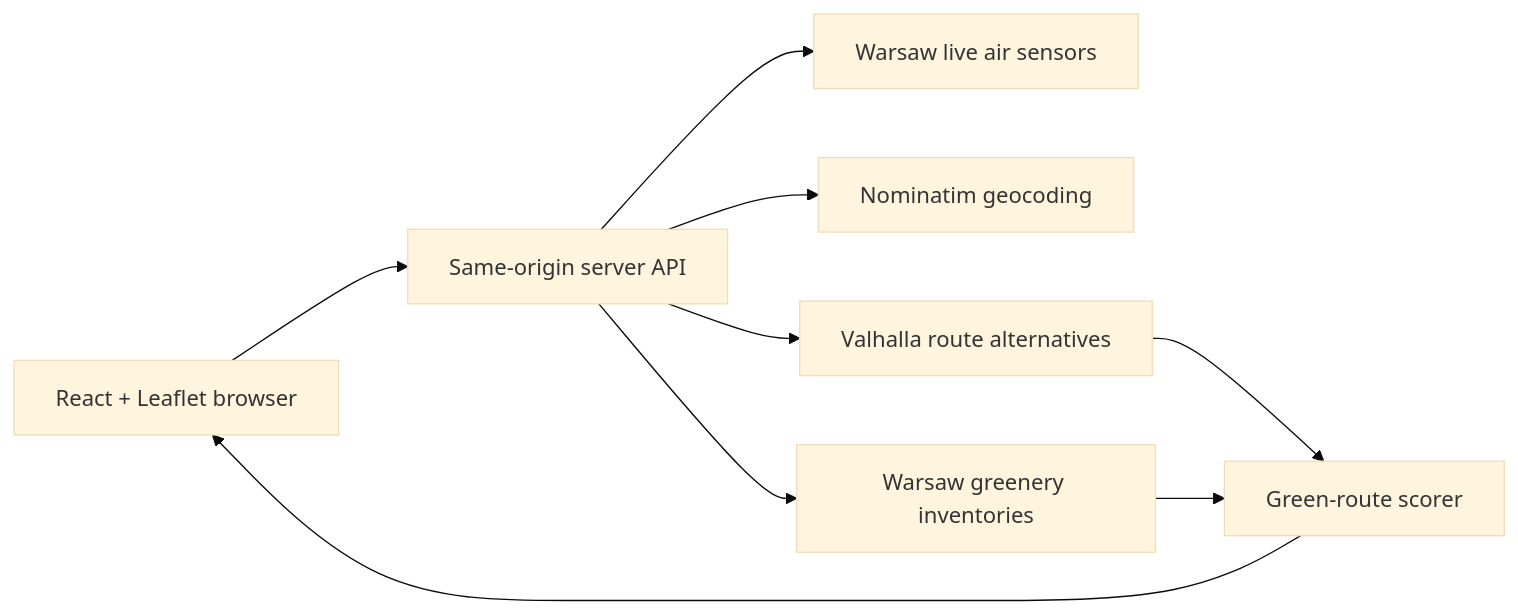
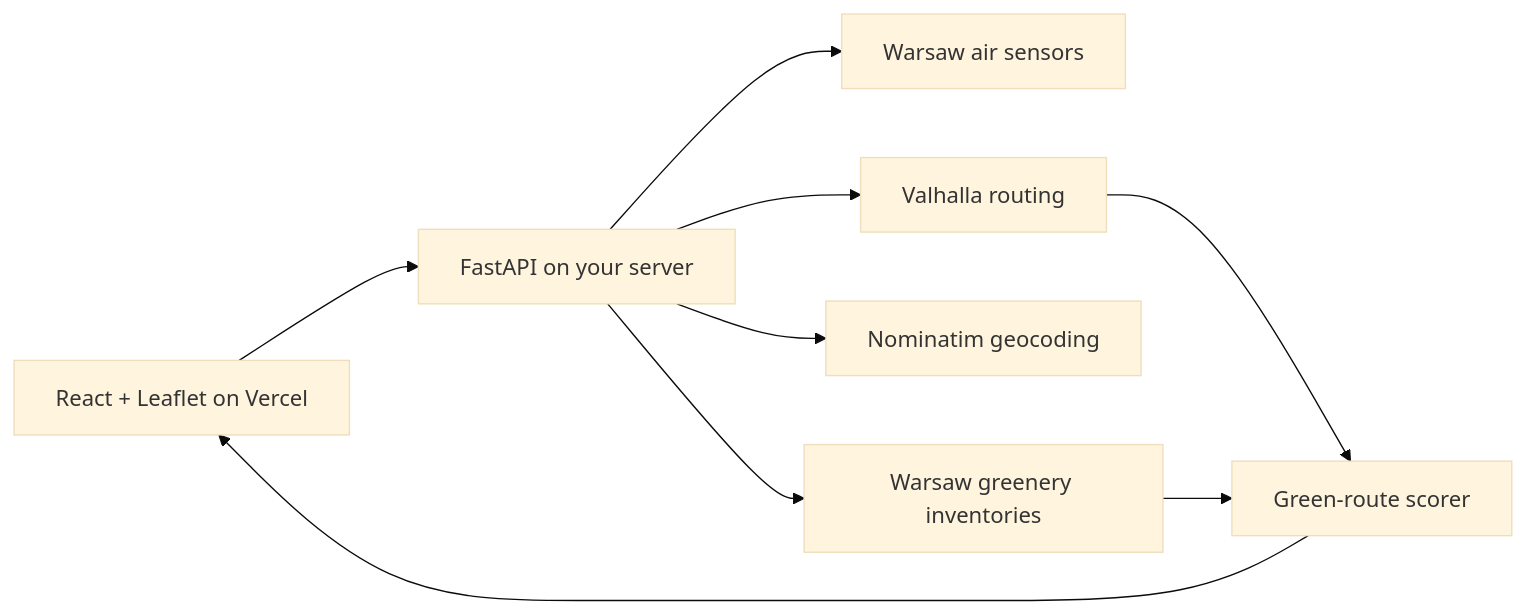
Before and after one commit to Dymirt/Warsaw_moss: the diagram in README.md, drawn with Mermaid (base theme). The commit also changed other lines of this file and 8 other files, not shown here.

Commit message:
Move backend to FastAPI service

````diff
--- a/README.md
+++ b/README.md
@@ -26,11 +23,11 @@
 ```mermaid
 flowchart LR
-    Browser["React + Leaflet browser"] --> API["Same-origin server API"]
-    API --> Air["Warsaw live air sensors"]
+    Browser["React + Leaflet on Vercel"] --> API["FastAPI on your server"]
+    API --> Air["Warsaw air sensors"]
+    API --> Green["Warsaw greenery inventories"]
     API --> Geo["Nominatim geocoding"]
-    API --> Routes["Valhalla route alternatives"]
-    API --> Green["Warsaw greenery inventories"]
+    API --> Routes["Valhalla routing"]
     Routes --> Score["Green-route scorer"]
     Green --> Score
     Score --> Browser
 ```
````
